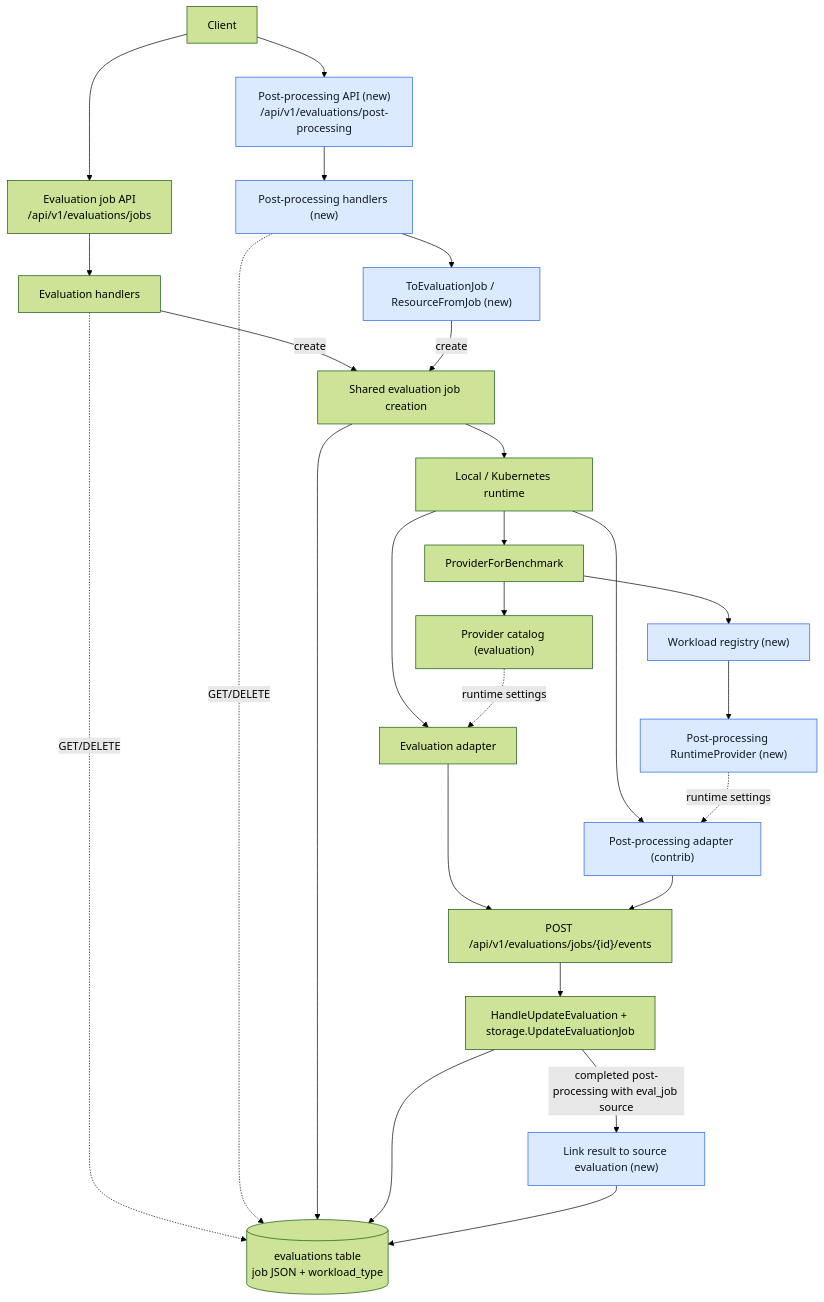
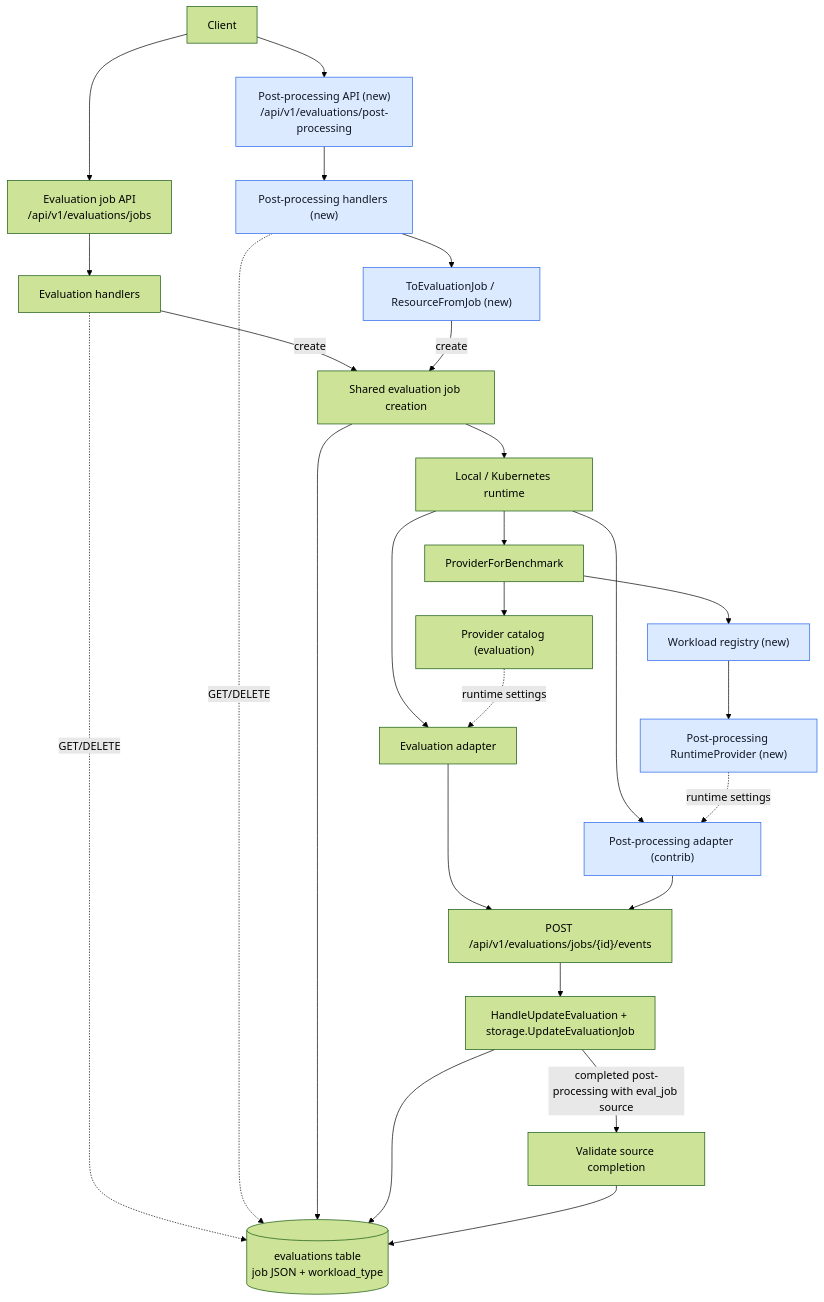
One commit to eval-hub/eval-hub changed the first of 2 diagrams in ARCHITECTURE.md. Above: the diagram before and after it, drawn with Mermaid (forest theme). The commit also changed other lines of this file and 40 other files, not shown here.

First line of the commit message:
fix(post-processing): preserve source credentials and runtime inputs

````diff
--- a/ARCHITECTURE.md
+++ b/ARCHITECTURE.md
@@ -73,30 +73,30 @@
 ```mermaid
 flowchart TB
     client[Client] --> evalAPI["Evaluation job API<br/>/api/v1/evaluations/jobs"]
     client --> ppAPI["Post-processing API (new)<br/>/api/v1/evaluations/post-processing"]
     evalAPI --> evalHandlers["Evaluation handlers"]
     ppAPI --> ppHandlers["Post-processing handlers (new)"]
     evalHandlers -- create --> create["Shared evaluation job creation"]
     ppHandlers --> ppMapping["ToEvaluationJob / ResourceFromJob (new)"]
     ppMapping -- create --> create
     evalHandlers -. GET/DELETE .-> db[("evaluations table<br/>job JSON + workload_type")]
     ppHandlers -. GET/DELETE .-> db
     create --> db
     create --> runtime["Local / Kubernetes runtime"]
     runtime --> resolver["ProviderForBenchmark"]
     resolver --> catalog["Provider catalog (evaluation)"]
     resolver --> registry["Workload registry (new)"]
     registry --> ppProvider["Post-processing RuntimeProvider (new)"]
     runtime --> evalAdapter["Evaluation adapter"]
     runtime --> ppAdapter["Post-processing adapter (contrib)"]
     catalog -. runtime settings .-> evalAdapter
     ppProvider -. runtime settings .-> ppAdapter
     evalAdapter --> events["POST /api/v1/evaluations/jobs/{id}/events"]
     ppAdapter --> events
     events --> update["HandleUpdateEvaluation + storage.UpdateEvaluationJob"]
     update --> db
-    update -- "completed post-processing with eval_job source" --> link["Link result to source evaluation (new)"]
-    link --> db
+    update -- "completed post-processing with eval_job source" --> sourceCheck["Validate source completion"]
+    sourceCheck --> db
     classDef ppNew fill:#dbeafe,stroke:#2563eb,color:#111827;
-    class ppAPI,ppHandlers,ppMapping,registry,ppProvider,ppAdapter,link ppNew;
+    class ppAPI,ppHandlers,ppMapping,registry,ppProvider,ppAdapter ppNew;
 ```
````
